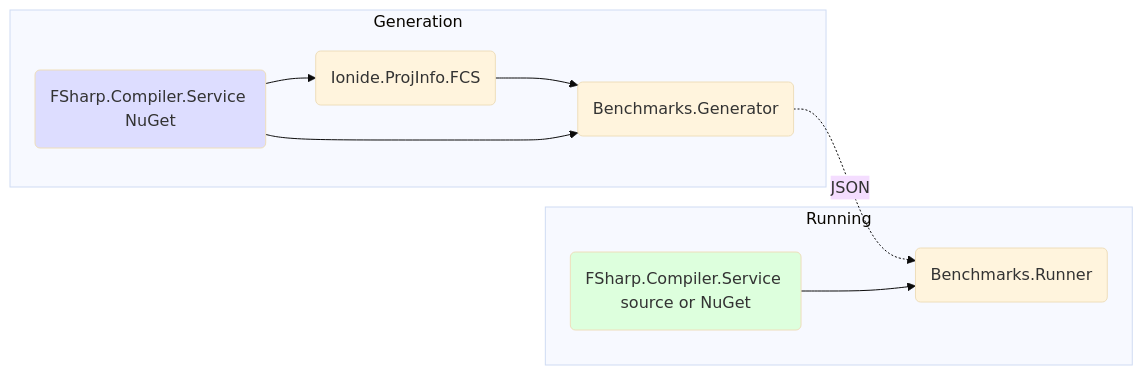
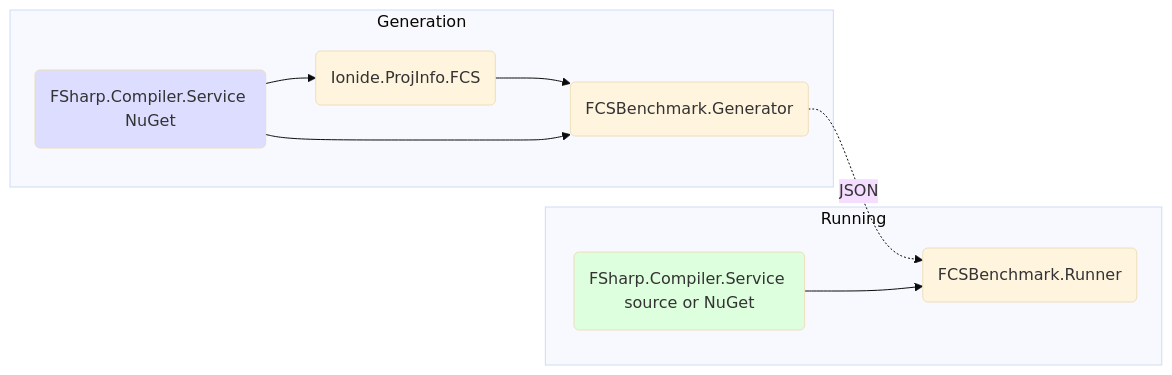
Before and after one commit to safesparrow/fsharp-benchmark-generator: the first of 2 diagrams in README.md, drawn with Mermaid. The commit also changed other lines of this file and 9 other files, not shown here.

````diff
--- a/README.md
+++ b/README.md
@@ -16,17 +16,17 @@
 ```mermaid
 %%{init: {'theme':'base'}}%%
 graph LR;
     subgraph Generation
-        A1(Ionide.ProjInfo.FCS) --> A2(Benchmarks.Generator)
+        A1(Ionide.ProjInfo.FCS) --> A2(FCSBenchmark.Generator)
         A3 --> A1
         A3(FSharp.Compiler.Service NuGet) --> A2
         style A3 fill:#ddf
     end
 
     A2 -.->|JSON| R2
     
     subgraph Running
-        R1(FSharp.Compiler.Service source or NuGet) --> R2(Benchmarks.Runner)
+        R1(FSharp.Compiler.Service source or NuGet) --> R2(FCSBenchmark.Runner)
         style R1 fill:#dfd
     end
 ```
````
